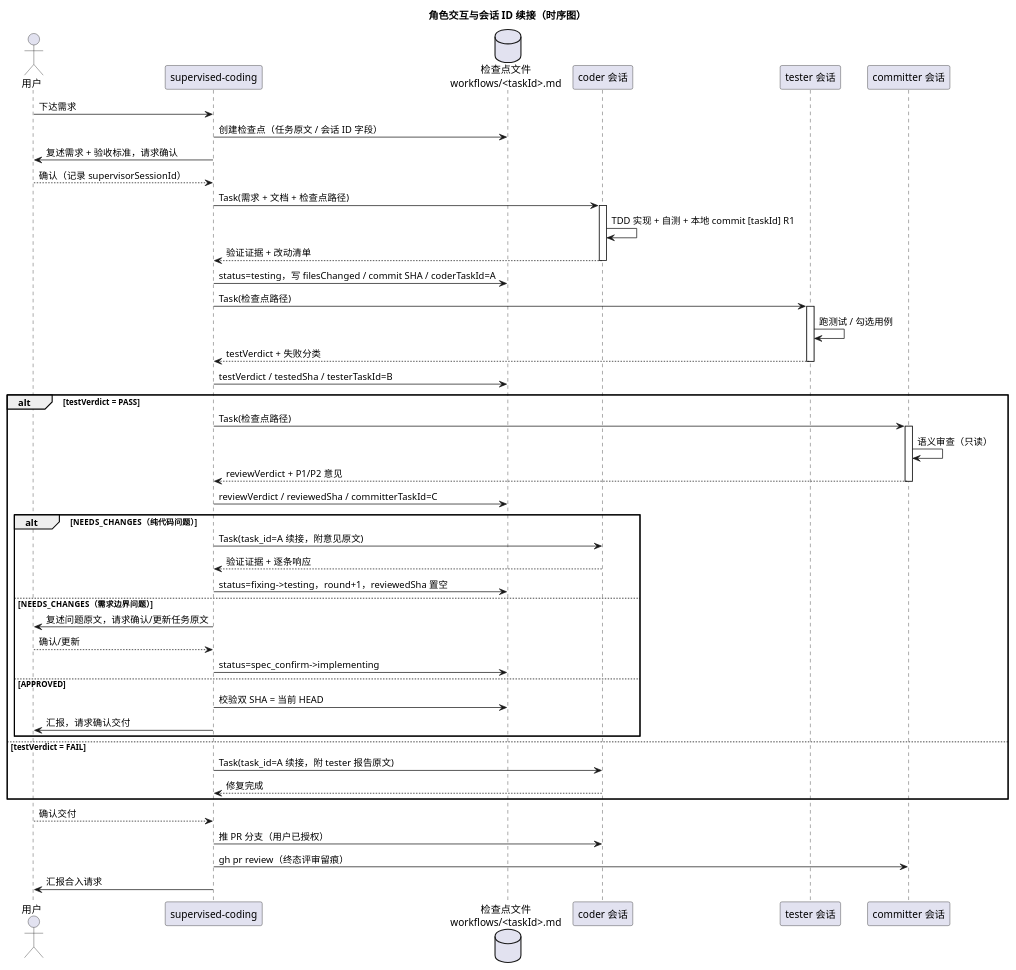
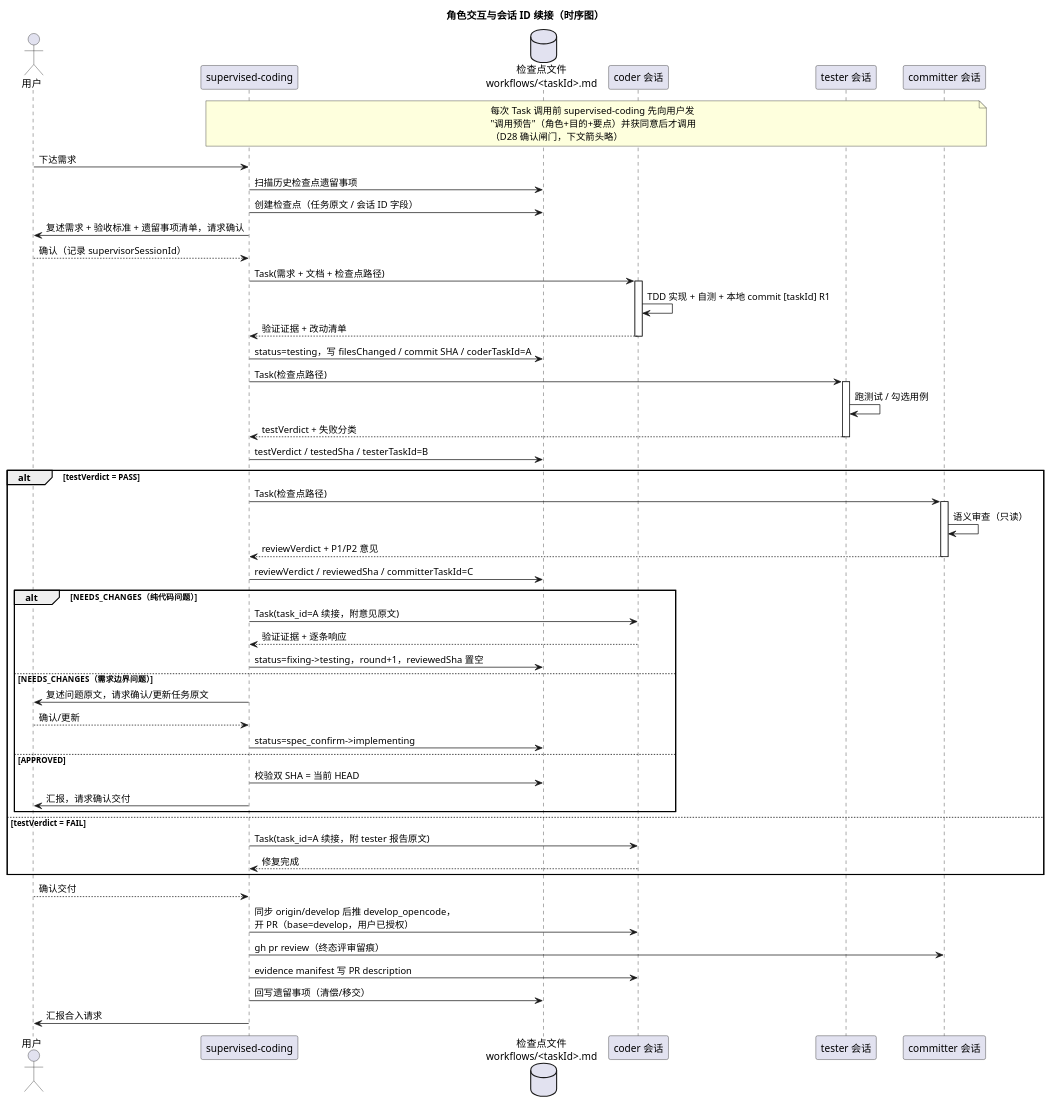
One commit to yq3/lab changed the second of 2 diagrams in .opencode/README.md. Above: the diagram before and after it, drawn with PlantUML. The commit also changed other lines of this file and 3 other files, not shown here.

Commit message:
docs(opencode): 工作流四轮修订——subagent 调用前确认、新任务遗留事项清偿、develop_opencode 分支策略与提交前同步（D28-D30）

````diff
--- a/.opencode/README.md
+++ b/.opencode/README.md
@@ -308,65 +324,74 @@
 ```puml
 @startuml multi-agent-sequence
 title 角色交互与会话 ID 续接（时序图）
 
 actor "用户" as User
 participant "supervised-coding" as Sup
 database "检查点文件\nworkflows/<taskId>.md" as CP
 participant "coder 会话" as Coder
 participant "tester 会话" as Tester
 participant "committer 会话" as Rev
 
+note over Sup, Rev
+  每次 Task 调用前 supervised-coding 先向用户发
+  "调用预告"（角色+目的+要点）并获同意后才调用
+  （D28 确认闸门，下文箭头略）
+end note
+
 User -> Sup: 下达需求
+Sup -> CP: 扫描历史检查点遗留事项
 Sup -> CP: 创建检查点（任务原文 / 会话 ID 字段）
-Sup -> User: 复述需求 + 验收标准，请求确认
+Sup -> User: 复述需求 + 验收标准 + 遗留事项清单，请求确认
 User --> Sup: 确认（记录 supervisorSessionId）
 
 Sup -> Coder: Task(需求 + 文档 + 检查点路径)
 ' 首次调用，返回 task_id=A
 activate Coder
 Coder -> Coder: TDD 实现 + 自测 + 本地 commit [taskId] R1
 Coder --> Sup: 验证证据 + 改动清单
 deactivate Coder
 Sup -> CP: status=testing，写 filesChanged / commit SHA / coderTaskId=A
 
 Sup -> Tester: Task(检查点路径)
 ' 首次调用，返回 task_id=B
 activate Tester
 Tester -> Tester: 跑测试 / 勾选用例
 Tester --> Sup: testVerdict + 失败分类
 deactivate Tester
 Sup -> CP: testVerdict / testedSha / testerTaskId=B
 
 alt testVerdict = PASS
   Sup -> Rev: Task(检查点路径)
   ' 首次调用，返回 task_id=C
   activate Rev
   Rev -> Rev: 语义审查（只读）
   Rev --> Sup: reviewVerdict + P1/P2 意见
   deactivate Rev
   Sup -> CP: reviewVerdict / reviewedSha / committerTaskId=C
   alt NEEDS_CHANGES（纯代码问题）
     Sup -> Coder: Task(task_id=A 续接，附意见原文)
     ' 复用同一 coder 会话，上下文连续
     Coder --> Sup: 验证证据 + 逐条响应
     Sup -> CP: status=fixing->testing，round+1，reviewedSha 置空
   else NEEDS_CHANGES（需求边界问题）
     Sup -> User: 复述问题原文，请求确认/更新任务原文
     User --> Sup: 确认/更新
     Sup -> CP: status=spec_confirm->implementing
   else APPROVED
     Sup -> CP: 校验双 SHA = 当前 HEAD
     Sup -> User: 汇报，请求确认交付
   end
 else testVerdict = FAIL
   Sup -> Coder: Task(task_id=A 续接，附 tester 报告原文)
   Coder --> Sup: 修复完成
 end
 
 User --> Sup: 确认交付
-Sup -> Coder: 推 PR 分支（用户已授权）
+Sup -> Coder: 同步 origin/develop 后推 develop_opencode，\n开 PR（base=develop，用户已授权）
 Sup -> Rev: gh pr review（终态评审留痕）
+Sup -> Coder: evidence manifest 写 PR description
+Sup -> CP: 回写遗留事项（清偿/移交）
 Sup -> User: 汇报合入请求
 
 @enduml
 ```
````
